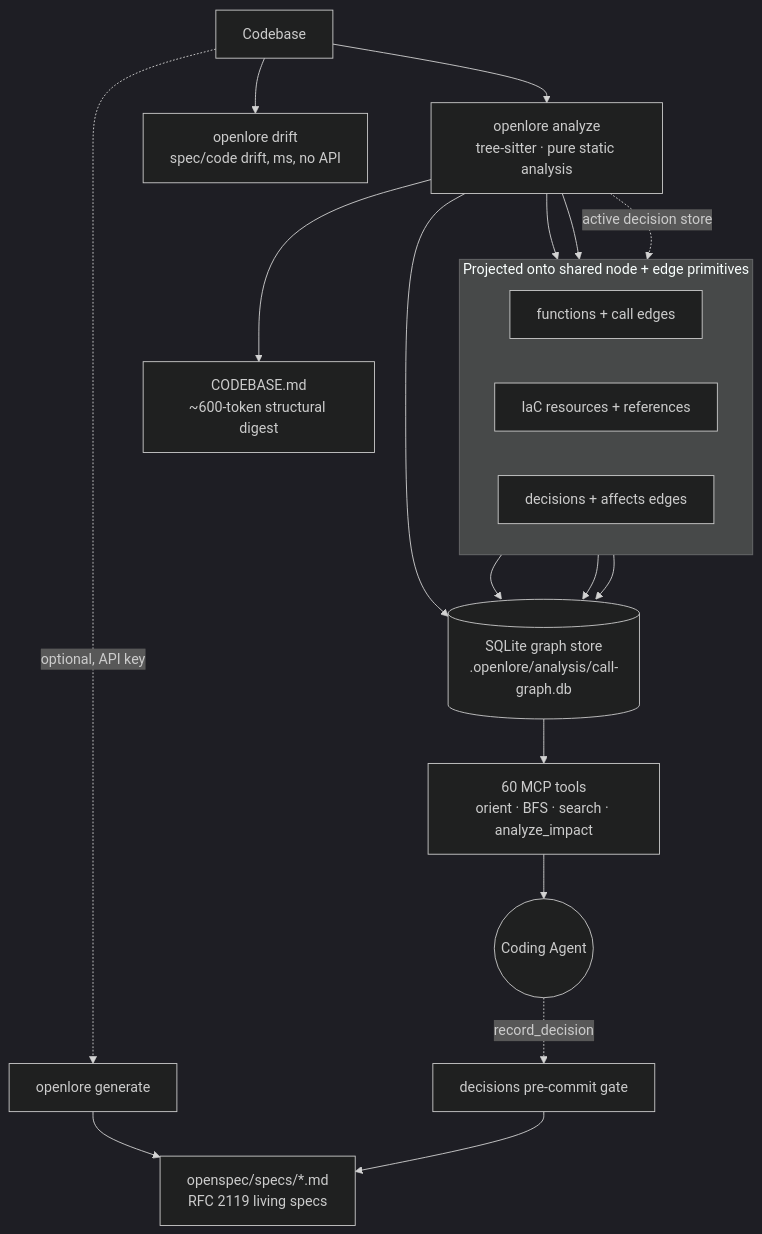
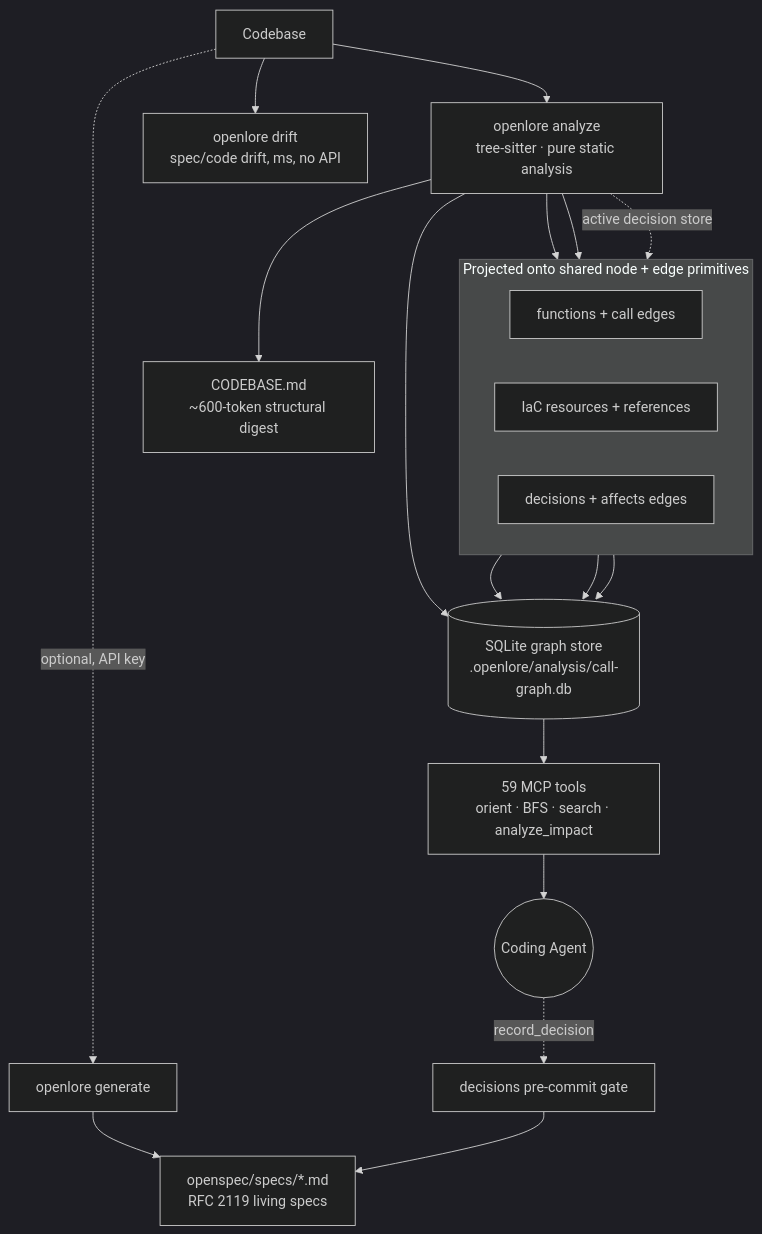
One commit to visnetotest/spec-gen changed the first of 2 diagrams in README.md. Above: the diagram before and after it, drawn with Mermaid (dark theme). The commit also changed other lines of this file and 1 other file, not shown here.

````diff
--- a/README.md
+++ b/README.md
@@ -429,28 +429,28 @@
 ```mermaid
 flowchart TD
     Code[Codebase] --> Analyze[openlore analyze<br/>tree-sitter · pure static analysis]
     Analyze --> DB[(SQLite graph store<br/>.openlore/analysis/call-graph.db)]
     Analyze --> Digest[CODEBASE.md<br/>~600-token structural digest]
 
     subgraph shared["Projected onto shared node + edge primitives"]
       direction LR
       CodeNodes[functions + call edges]
       Iac[IaC resources + references]
       Dec[decisions + affects edges]
     end
     Analyze --> CodeNodes
     Analyze --> Iac
     Analyze -. active decision store .-> Dec
     CodeNodes --> DB
     Iac --> DB
     Dec --> DB
 
-    DB --> MCP[60 MCP tools<br/>orient · BFS · search · analyze_impact]
+    DB --> MCP[59 MCP tools<br/>orient · BFS · search · analyze_impact]
     MCP --> Agent((Coding Agent))
 
     Code -. optional, API key .-> Gen[openlore generate]
     Gen --> Specs[openspec/specs/*.md<br/>RFC 2119 living specs]
     Code --> Drift[openlore drift<br/>spec/code drift, ms, no API]
     Agent -. record_decision .-> Gate[decisions pre-commit gate]
     Gate --> Specs
 ```
````
